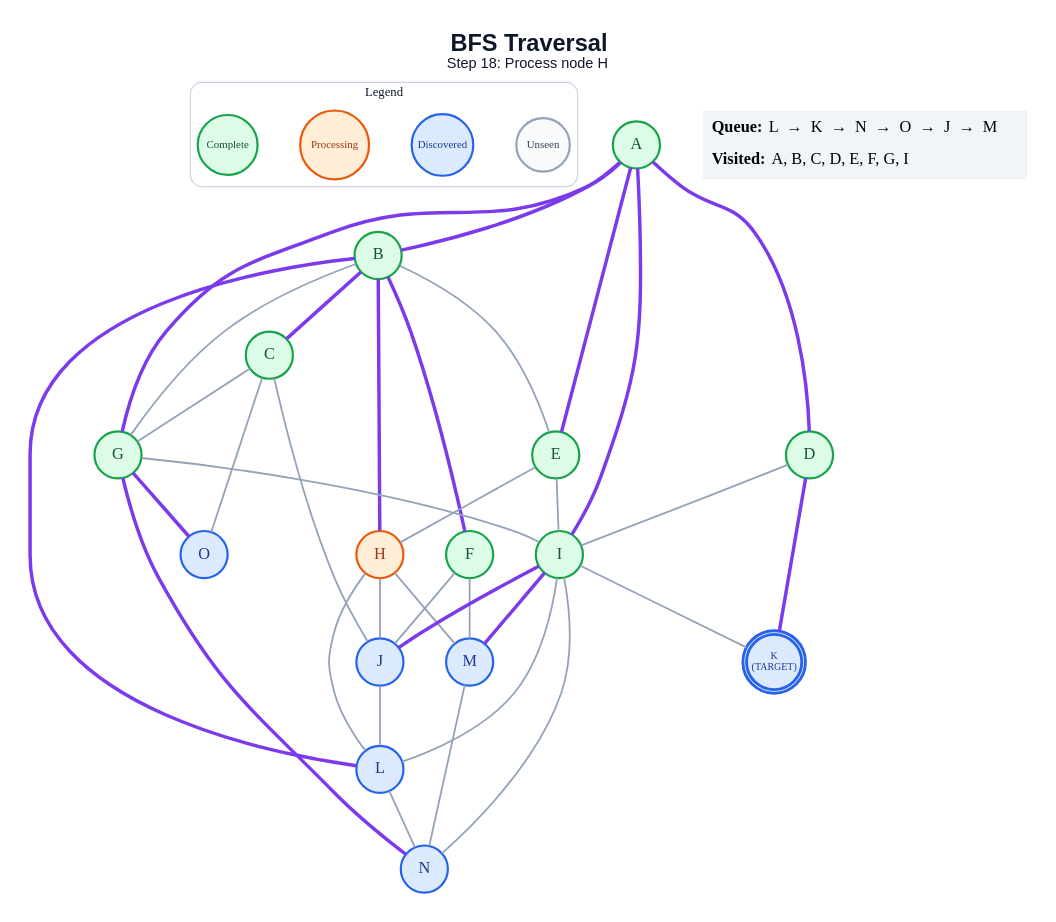
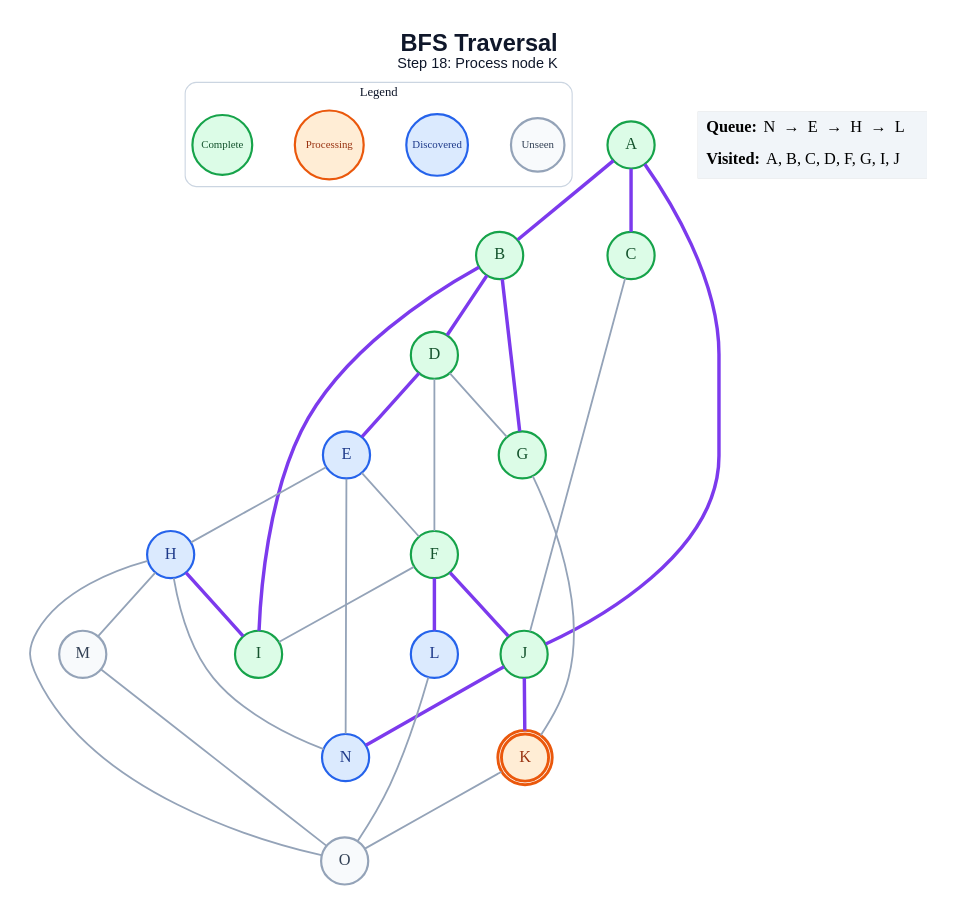
Before and after one commit to anon7238593-create/ai-slop: the diagram in generated/bfs/step_18.dot, drawn with Graphviz. The commit also changed 283 other files, not shown here.

```diff
--- a/generated/bfs/step_18.dot
+++ b/generated/bfs/step_18.dot
@@ -1,68 +1,60 @@
 graph traversal {
   graph [layout=dot, rankdir=TB, bgcolor="#FFFFFF", pad="0.35", nodesep="0.65", ranksep="0.8", fontname="Arial"];
   node [shape=circle, style="filled", fontname="Arial Bold", fontsize=18, width=0.72, fixedsize=true, penwidth=2.4];
   edge [color="#94A3B8", penwidth=2.0];
-  label=<<B>BFS Traversal</B><BR/><FONT POINT-SIZE="16">Step 18: Process node H</FONT>>; labelloc="t"; fontsize=26; fontname="Arial"; fontcolor="#0F172A";
+  label=<<B>BFS Traversal</B><BR/><FONT POINT-SIZE="16">Step 18: Process node K</FONT>>; labelloc="t"; fontsize=26; fontname="Arial"; fontcolor="#0F172A";
   subgraph cluster_legend { label="Legend"; color="#CBD5E1"; penwidth=1.2; style="rounded"; fontsize=14; fontname="Arial Bold";
     key_unseen [label="Unseen", fillcolor="#F8FAFC", color="#94A3B8", fontcolor="#334155", fontsize=12, width=0.82];
     key_frontier [label="Discovered", fillcolor="#DBEAFE", color="#2563EB", fontcolor="#1E3A8A", fontsize=12, width=0.95];
     key_current [label="Processing", fillcolor="#FFEDD5", color="#EA580C", fontcolor="#9A3412", fontsize=12, width=1.05];
     key_done [label="Complete", fillcolor="#DCFCE7", color="#16A34A", fontcolor="#14532D", fontsize=12, width=0.92];
     { rank=same; key_unseen; key_frontier; key_current; key_done; }
   }
   A [label="A", fillcolor="#DCFCE7", color="#16A34A", fontcolor="#14532D", peripheries=1, penwidth=2.4];
   B [label="B", fillcolor="#DCFCE7", color="#16A34A", fontcolor="#14532D", peripheries=1, penwidth=2.4];
   C [label="C", fillcolor="#DCFCE7", color="#16A34A", fontcolor="#14532D", peripheries=1, penwidth=2.4];
   D [label="D", fillcolor="#DCFCE7", color="#16A34A", fontcolor="#14532D", peripheries=1, penwidth=2.4];
-  E [label="E", fillcolor="#DCFCE7", color="#16A34A", fontcolor="#14532D", peripheries=1, penwidth=2.4];
+  E [label="E", fillcolor="#DBEAFE", color="#2563EB", fontcolor="#1E3A8A", peripheries=1, penwidth=2.4];
   F [label="F", fillcolor="#DCFCE7", color="#16A34A", fontcolor="#14532D", peripheries=1, penwidth=2.4];
   G [label="G", fillcolor="#DCFCE7", color="#16A34A", fontcolor="#14532D", peripheries=1, penwidth=2.4];
-  H [label="H", fillcolor="#FFEDD5", color="#EA580C", fontcolor="#9A3412", peripheries=1, penwidth=2.4];
+  H [label="H", fillcolor="#DBEAFE", color="#2563EB", fontcolor="#1E3A8A", peripheries=1, penwidth=2.4];
   I [label="I", fillcolor="#DCFCE7", color="#16A34A", fontcolor="#14532D", peripheries=1, penwidth=2.4];
-  J [label="J", fillcolor="#DBEAFE", color="#2563EB", fontcolor="#1E3A8A", peripheries=1, penwidth=2.4];
-  K [label="K\n(TARGET)", fillcolor="#DBEAFE", color="#2563EB", fontcolor="#1E3A8A", peripheries=2, penwidth=3.2, fontsize=11, width=0.85, height=0.85];
+  J [label="J", fillcolor="#DCFCE7", color="#16A34A", fontcolor="#14532D", peripheries=1, penwidth=2.4];
+  K [label="K", fillcolor="#FFEDD5", color="#EA580C", fontcolor="#9A3412", peripheries=2, penwidth=3.2];
   L [label="L", fillcolor="#DBEAFE", color="#2563EB", fontcolor="#1E3A8A", peripheries=1, penwidth=2.4];
-  M [label="M", fillcolor="#DBEAFE", color="#2563EB", fontcolor="#1E3A8A", peripheries=1, penwidth=2.4];
+  M [label="M", fillcolor="#F8FAFC", color="#94A3B8", fontcolor="#334155", peripheries=1, penwidth=2.4];
   N [label="N", fillcolor="#DBEAFE", color="#2563EB", fontcolor="#1E3A8A", peripheries=1, penwidth=2.4];
-  O [label="O", fillcolor="#DBEAFE", color="#2563EB", fontcolor="#1E3A8A", peripheries=1, penwidth=2.4];
+  O [label="O", fillcolor="#F8FAFC", color="#94A3B8", fontcolor="#334155", peripheries=1, penwidth=2.4];
   A -- B [color="#7C3AED", penwidth=3.8];
-  A -- D [color="#7C3AED", penwidth=3.8];
-  A -- E [color="#7C3AED", penwidth=3.8];
-  A -- G [color="#7C3AED", penwidth=3.8];
-  A -- I [color="#7C3AED", penwidth=3.8];
-  B -- C [color="#7C3AED", penwidth=3.8];
-  B -- E;
-  B -- F [color="#7C3AED", penwidth=3.8];
-  B -- G;
-  B -- H [color="#7C3AED", penwidth=3.8];
-  B -- L [color="#7C3AED", penwidth=3.8];
-  C -- G;
+  A -- C [color="#7C3AED", penwidth=3.8];
+  A -- J [color="#7C3AED", penwidth=3.8];
+  B -- D [color="#7C3AED", penwidth=3.8];
+  B -- G [color="#7C3AED", penwidth=3.8];
+  B -- I [color="#7C3AED", penwidth=3.8];
   C -- J;
-  C -- O;
-  D -- I;
-  D -- K [color="#7C3AED", penwidth=3.8];
+  D -- E [color="#7C3AED", penwidth=3.8];
+  D -- F;
+  D -- G;
+  E -- F;
   E -- H;
-  E -- I;
-  F -- J;
-  F -- M;
-  G -- I;
-  G -- N [color="#7C3AED", penwidth=3.8];
-  G -- O [color="#7C3AED", penwidth=3.8];
-  H -- J;
-  H -- L;
+  E -- N;
+  F -- I;
+  F -- J [color="#7C3AED", penwidth=3.8];
+  F -- L [color="#7C3AED", penwidth=3.8];
+  G -- K;
+  H -- I [color="#7C3AED", penwidth=3.8];
   H -- M;
-  I -- J [color="#7C3AED", penwidth=3.8];
-  I -- K;
-  I -- L;
-  I -- M [color="#7C3AED", penwidth=3.8];
-  I -- N;
-  J -- L;
-  L -- N;
-  M -- N;
+  H -- N;
+  H -- O;
+  J -- K [color="#7C3AED", penwidth=3.8];
+  J -- N [color="#7C3AED", penwidth=3.8];
+  K -- O;
+  L -- O;
+  M -- O;
   status [shape=plain, fixedsize=false, width=0, height=0, margin=0, label=<
     <TABLE BORDER="0" CELLBORDER="0" CELLPADDING="7" BGCOLOR="#F1F5F9">
-      <TR><TD ALIGN="LEFT"><B>Queue:</B> L  →  K  →  N  →  O  →  J  →  M</TD></TR>
-      <TR><TD ALIGN="LEFT"><B>Visited:</B> A, B, C, D, E, F, G, I</TD></TR>
+      <TR><TD ALIGN="LEFT"><B>Queue:</B> N  →  E  →  H  →  L</TD></TR>
+      <TR><TD ALIGN="LEFT"><B>Visited:</B> A, B, C, D, F, G, I, J</TD></TR>
     </TABLE>
   >];
 }
```
